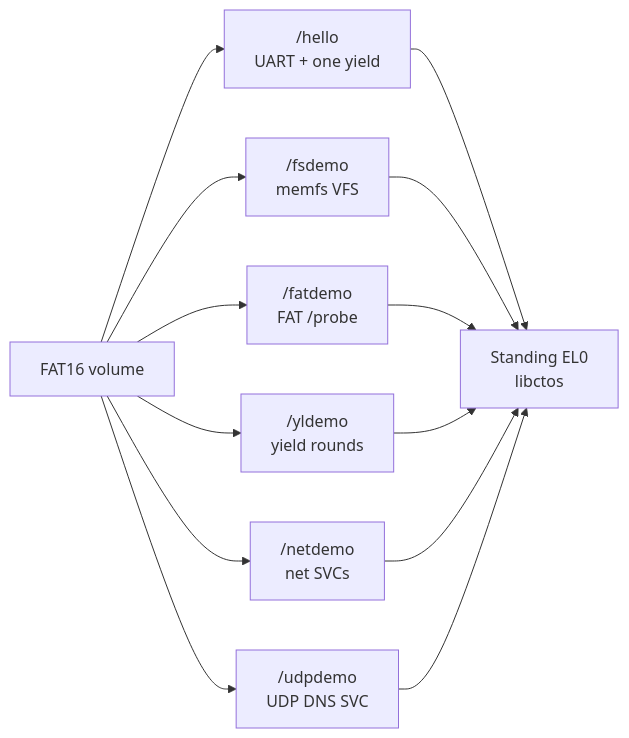
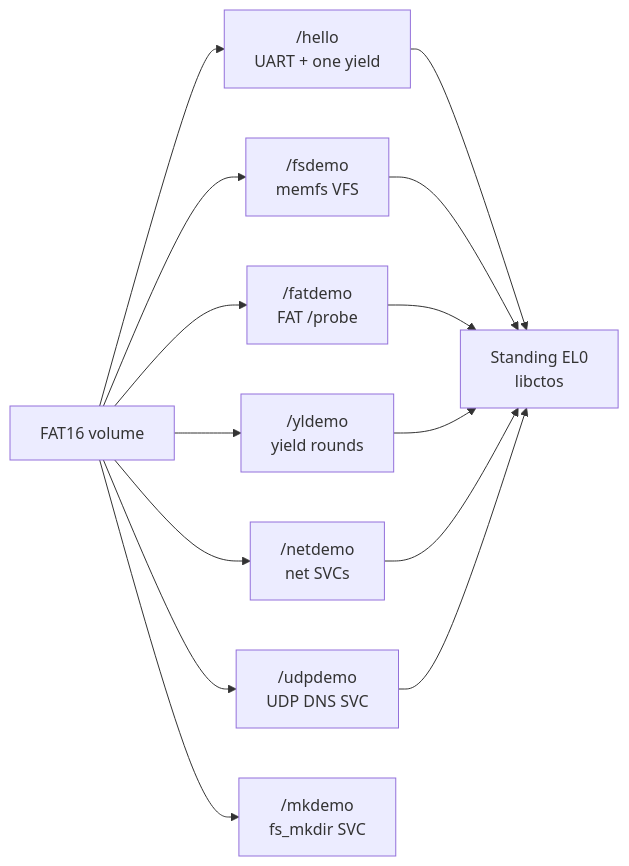
The first of 4 diagrams in docs/overview/what-can-run.md (artofdream/ctos), drawn with Mermaid before and after one commit. The commit also changed other lines of this file and 28 other files, not shown here.

First line of the commit message:
feat: EL0 fs_mkdir SVC + mkdir-libctos sample (ADR-075)

````diff
--- a/docs/overview/what-can-run.md
+++ b/docs/overview/what-can-run.md
@@ -13,15 +13,16 @@
 ```mermaid
 flowchart LR
   FAT["FAT16 volume"] --> H["/hello<br/>UART + one yield"]
   FAT --> F["/fsdemo<br/>memfs VFS"]
   FAT --> D["/fatdemo<br/>FAT /probe"]
   FAT --> Y["/yldemo<br/>yield rounds"]
   FAT --> N["/netdemo<br/>net SVCs"]
   FAT --> U["/udpdemo<br/>UDP DNS SVC"]
+  FAT --> M["/mkdemo<br/>fs_mkdir SVC"]
   H --> EL0["Standing EL0<br/>libctos"]
   F --> EL0
   D --> EL0
   Y --> EL0
   N --> EL0
   U --> EL0
 ```
````
